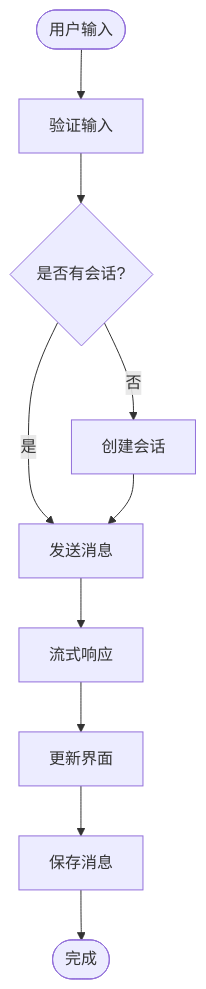
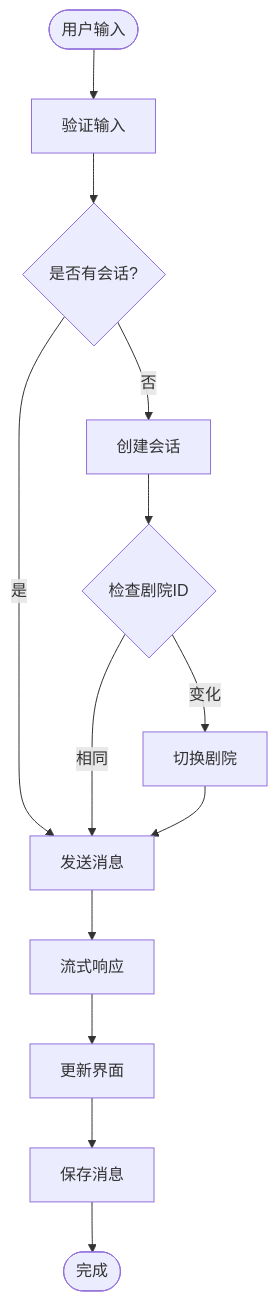
One commit to KunLabAI/KunFlix changed the fifth of 10 diagrams in .qoder/repowiki/zh/content/前端开发指南/AI助手面板增强.md. Above: the diagram before and after it, drawn with Mermaid. The commit also changed other lines of this file and 11 other files, not shown here.

````diff
--- a/.qoder/repowiki/zh/content/前端开发指南/AI助手面板增强.md
+++ b/.qoder/repowiki/zh/content/前端开发指南/AI助手面板增强.md
@@ -223,12 +251,15 @@
 ```mermaid
 flowchart TD
 Start([用户输入]) --> Validate[验证输入]
 Validate --> HasSession{是否有会话?}
 HasSession --> |否| CreateSession[创建会话]
 HasSession --> |是| SendMsg[发送消息]
-CreateSession --> SendMsg
+CreateSession --> CheckTheater{检查剧院ID}
+CheckTheater --> |变化| SwitchTheater[切换剧院]
+CheckTheater --> |相同| SendMsg
+SwitchTheater --> SendMsg
 SendMsg --> StreamResp[流式响应]
 StreamResp --> UpdateUI[更新界面]
 UpdateUI --> SaveMsg[保存消息]
 SaveMsg --> End([完成])
 ```
````
